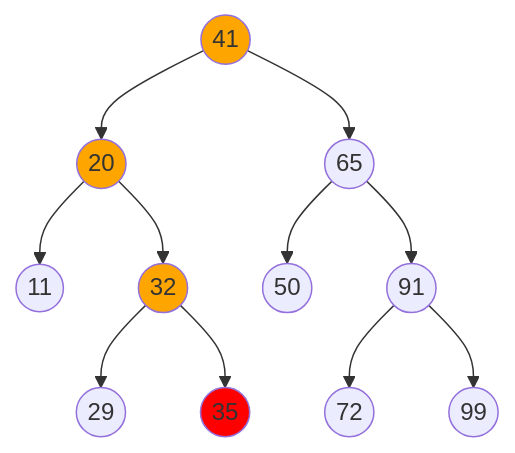
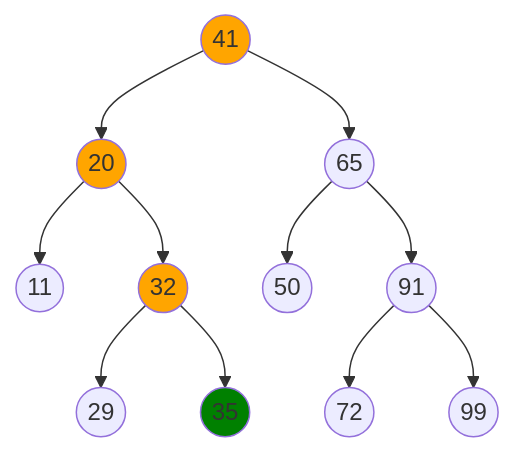
The fourth of 6 diagrams in 2024-devtalks-data-structures/slides.md (jindraivanek/talks), drawn with Mermaid before and after one commit. The commit also changed other lines of this file and 14 other files, not shown here.

````diff
--- a/2024-devtalks-data-structures/slides.md
+++ b/2024-devtalks-data-structures/slides.md
@@ -302,30 +324,30 @@
 ```mermaid
 graph TD
 41(("41"))
 20(("20"))
 11(("11"))
 29(("29"))
 32(("32"))
 65(("65"))
 50(("50"))
 91(("91"))
 72(("72"))
 99(("99"))
 35(("35"))
 
 41 --> 20
 41 --> 65
 20 --> 11
 20 --> 32
 32 --> 29
 32 --> 35
 65 --> 50
 65 --> 91
 91 --> 72
 91 --> 99
 
 style 41 fill: orange
 style 20 fill: orange
 style 32 fill: orange
-style 35 fill: red
+style 35 fill: green
 ```
````
